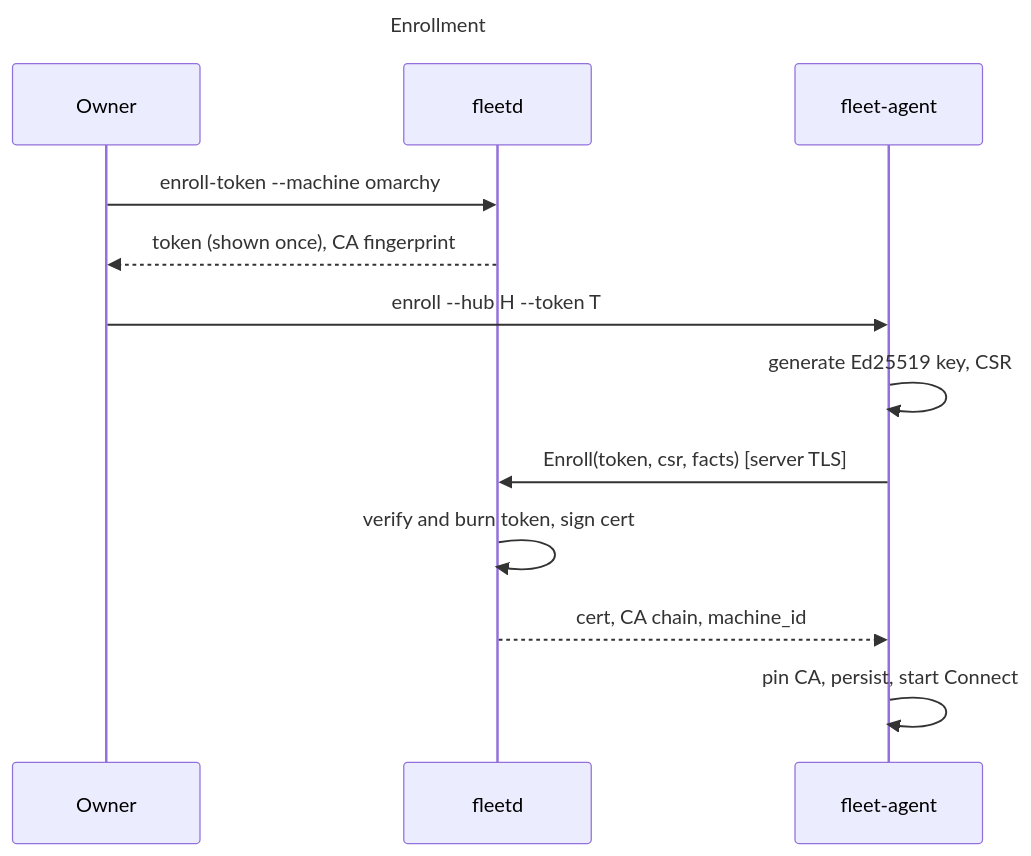
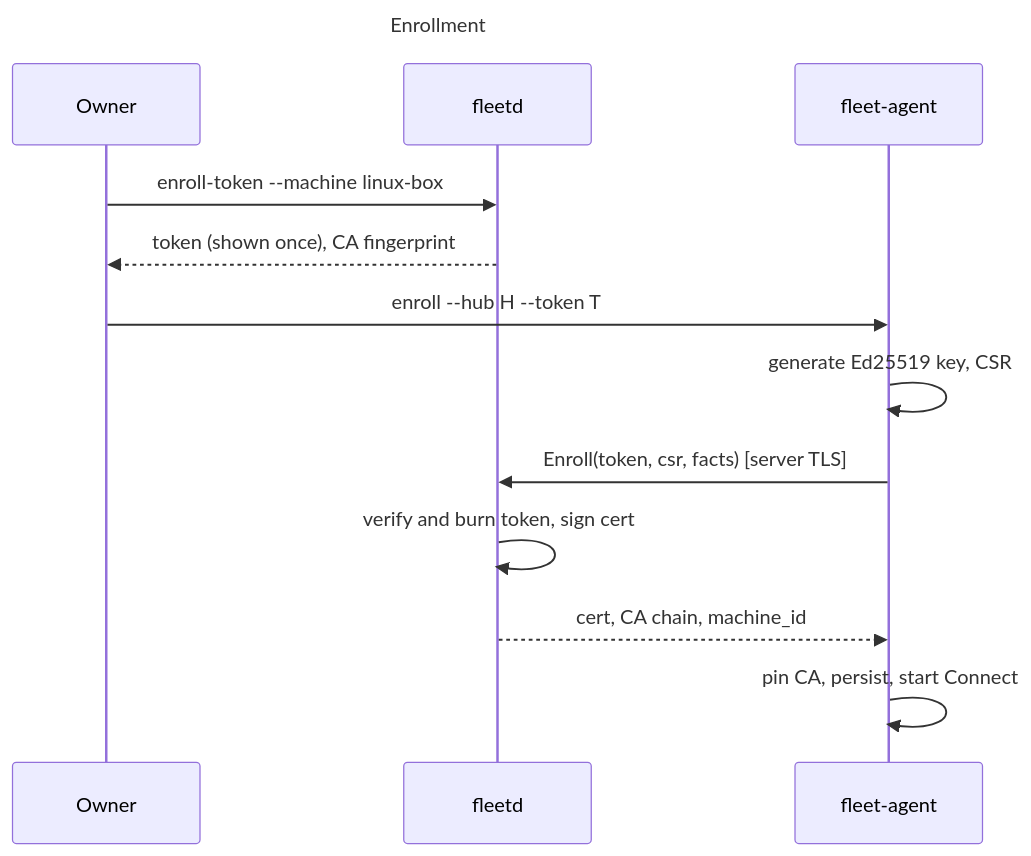
Before and after one commit to linuxdynasty/fleet-board: the first of 5 diagrams in docs/adr/0004-agent-connectivity.md, drawn with Mermaid. The commit also changed other lines of this file and 45 other files, not shown here.

````diff
--- a/docs/adr/0004-agent-connectivity.md
+++ b/docs/adr/0004-agent-connectivity.md
@@ -242,12 +242,12 @@
 ```mermaid
 sequenceDiagram
   title Enrollment
-  Owner->>fleetd: enroll-token --machine omarchy
+  Owner->>fleetd: enroll-token --machine linux-box
   fleetd-->>Owner: token (shown once), CA fingerprint
   Owner->>fleet-agent: enroll --hub H --token T
   fleet-agent->>fleet-agent: generate Ed25519 key, CSR
   fleet-agent->>fleetd: Enroll(token, csr, facts) [server TLS]
   fleetd->>fleetd: verify and burn token, sign cert
   fleetd-->>fleet-agent: cert, CA chain, machine_id
   fleet-agent->>fleet-agent: pin CA, persist, start Connect
 ```
````
